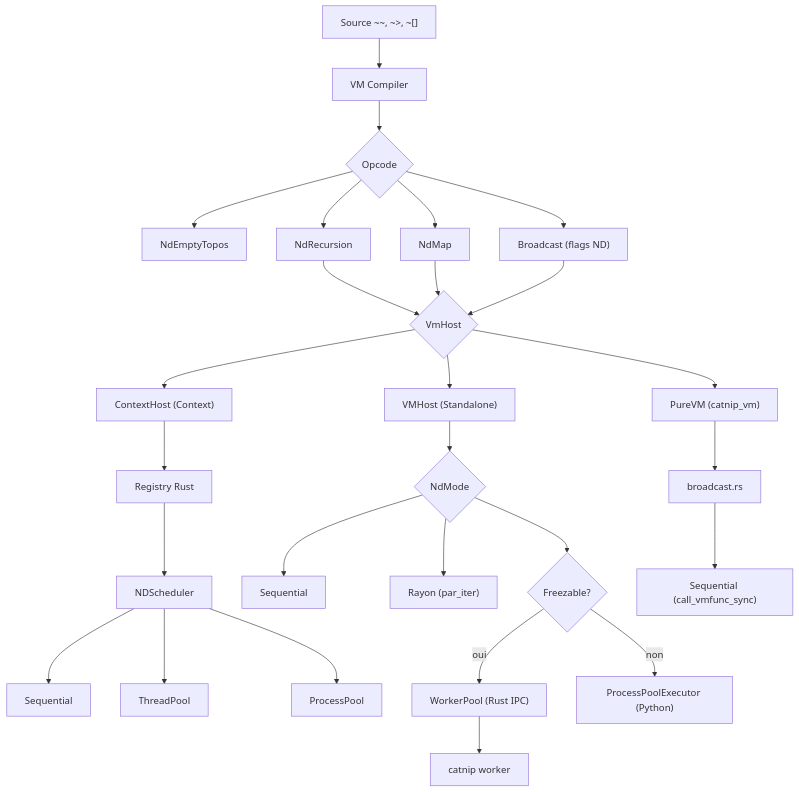
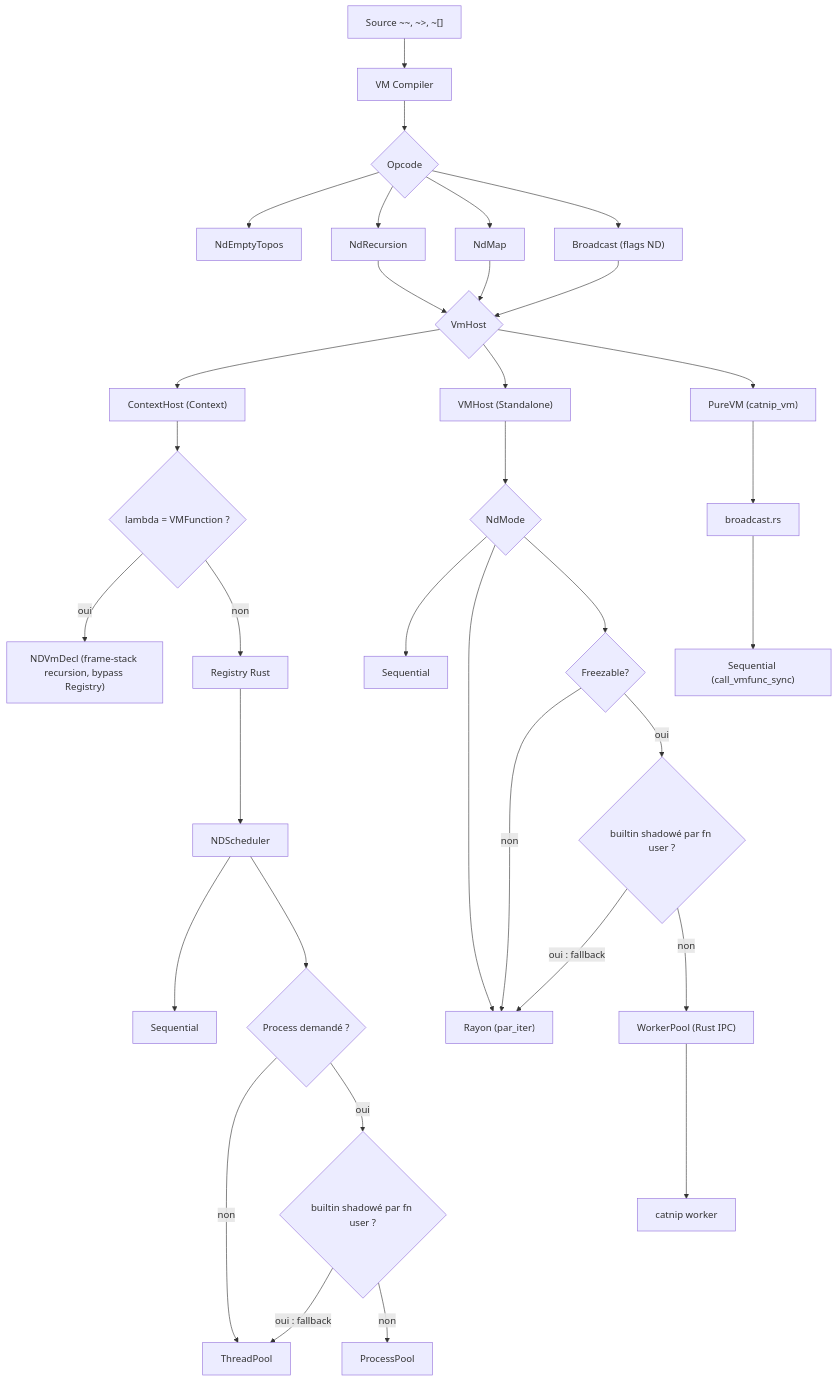
Before and after one commit to aristofor/catnip: the diagram in docs/dev/ND_VM_ARCHITECTURE.md, drawn with Mermaid. The commit also changed other lines of this file and 406 other files, not shown here.

````diff
--- a/docs/dev/ND_VM_ARCHITECTURE.md
+++ b/docs/dev/ND_VM_ARCHITECTURE.md
@@ -14,34 +14,41 @@
 ```mermaid
 flowchart TD
     SRC["Source ~~, ~>, ~[]"] --> COMP["VM Compiler"]
     COMP --> OPC{"Opcode"}
     OPC --> ND_EMPTY["NdEmptyTopos"]
     OPC --> ND_REC["NdRecursion"]
     OPC --> ND_MAP["NdMap"]
     OPC --> ND_BC["Broadcast (flags ND)"]
 
     ND_REC --> HOST{"VmHost"}
     ND_MAP --> HOST
     ND_BC --> HOST
 
     HOST --> PY["ContextHost (Context)"]
     HOST --> RS["VMHost (Standalone)"]
     HOST --> PURE["PureVM (catnip_vm)"]
 
-    PY --> REG["Registry Rust"]
+    PY --> FAST{"lambda = VMFunction ?"}
+    FAST -->|oui| NDVMDECL["NDVmDecl (frame-stack recursion, bypass Registry)"]
+    FAST -->|non| REG["Registry Rust"]
     REG --> SCHED["NDScheduler"]
     SCHED --> SEQ["Sequential"]
-    SCHED --> THR["ThreadPool"]
-    SCHED --> PROC["ProcessPool"]
+    SCHED --> PROC_REQ{"Process demandé ?"}
+    PROC_REQ -->|non| THR["ThreadPool"]
+    PROC_REQ -->|oui| SHADOW1{"builtin shadowé par fn user ?"}
+    SHADOW1 -->|oui : fallback| THR
+    SHADOW1 -->|non| PROC["ProcessPool"]
 
     RS --> ND_CFG{"NdMode"}
     ND_CFG --> SEQ2["Sequential"]
     ND_CFG --> RAY["Rayon (par_iter)"]
     ND_CFG --> PROC_TRY{"Freezable?"}
-    PROC_TRY -->|oui| POOL["WorkerPool (Rust IPC)"]
-    PROC_TRY -->|non| PROC2["ProcessPoolExecutor (Python)"]
+    PROC_TRY -->|non| RAY
+    PROC_TRY -->|oui| SHADOW2{"builtin shadowé par fn user ?"}
+    SHADOW2 -->|oui : fallback| RAY
+    SHADOW2 -->|non| POOL["WorkerPool (Rust IPC)"]
     POOL --> WORKER["catnip worker"]
 
     PURE --> BC_MOD["broadcast.rs"]
     BC_MOD --> BC_SEQ["Sequential (call_vmfunc_sync)"]
 ```
````
